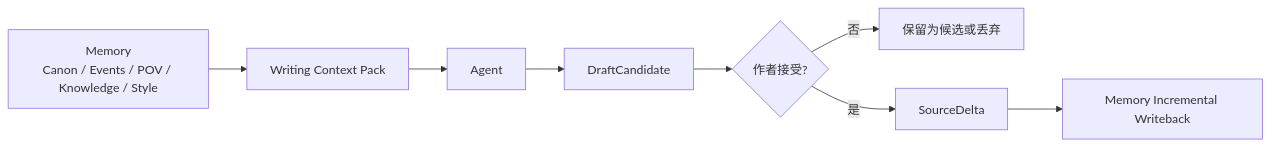
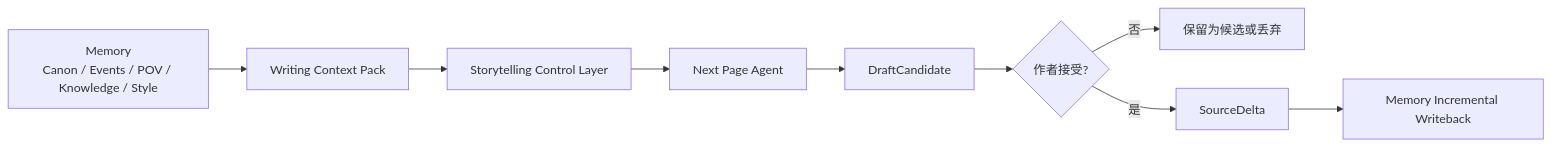
One commit to FrankQDWang/sextantlabs changed the second of 2 diagrams in AGENT_GOAL.md. Above: the diagram before and after it, drawn with Mermaid. The commit also changed other lines of this file and 13 other files, not shown here.

First line of the commit message:
设计 Storytelling Control Layer：角色扩展与戏剧化转译

````diff
--- a/AGENT_GOAL.md
+++ b/AGENT_GOAL.md
@@ -93,10 +109,11 @@
 ```mermaid
 flowchart LR
     A[Memory\nCanon / Events / POV / Knowledge / Style] --> B[Writing Context Pack]
-    B --> C[Agent]
-    C --> D[DraftCandidate]
-    D --> E{作者接受?}
-    E -->|否| F[保留为候选或丢弃]
-    E -->|是| G[SourceDelta]
-    G --> H[Memory Incremental Writeback]
+    B --> C[Storytelling Control Layer]
+    C --> D[Next Page Agent]
+    D --> E[DraftCandidate]
+    E --> F{作者接受?}
+    F -->|否| G[保留为候选或丢弃]
+    F -->|是| H[SourceDelta]
+    H --> I[Memory Incremental Writeback]
 ```
````
